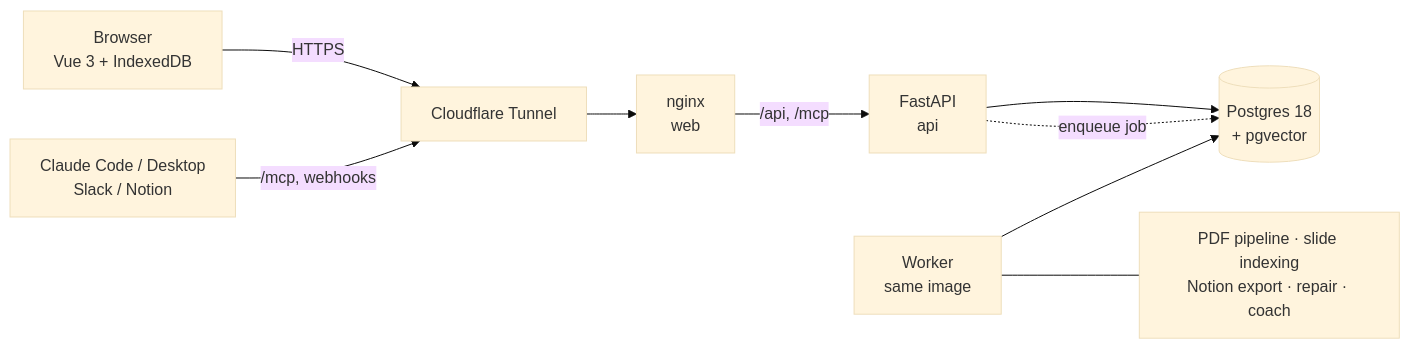
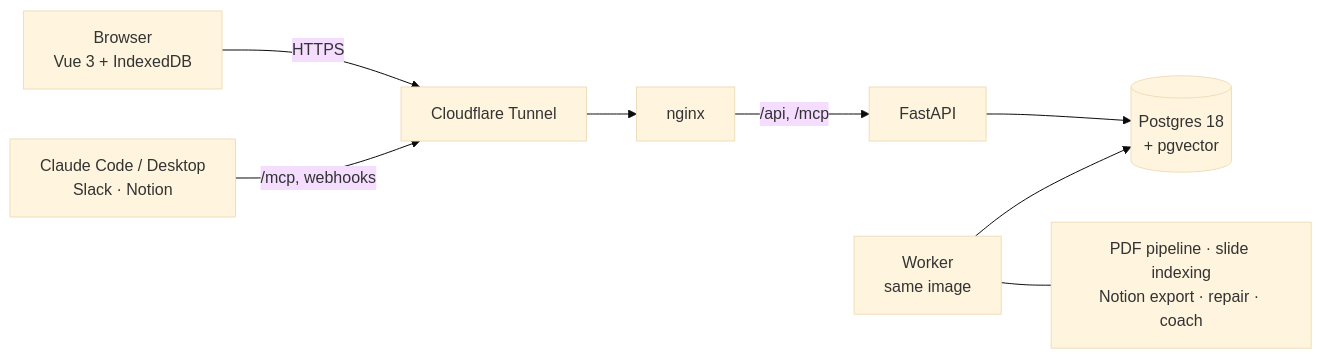
One commit to ersan-eke/exams changed the second of 2 diagrams in README.md. Above: the diagram before and after it, drawn with Mermaid (base theme). The commit also changed other lines of this file and 1 other file, not shown here.

````diff
--- a/README.md
+++ b/README.md
@@ -50,11 +55,10 @@
 ```mermaid
 flowchart LR
     B[Browser<br/>Vue 3 + IndexedDB] -->|HTTPS| CF[Cloudflare Tunnel]
-    C[Claude Code / Desktop<br/>Slack / Notion] -->|/mcp, webhooks| CF
-    CF --> N[nginx<br/>web]
-    N -->|/api, /mcp| A[FastAPI<br/>api]
+    C[Claude Code / Desktop<br/>Slack · Notion] -->|/mcp, webhooks| CF
+    CF --> N[nginx]
+    N -->|/api, /mcp| A[FastAPI]
     A --> P[(Postgres 18<br/>+ pgvector)]
     W[Worker<br/>same image] --> P
-    A -.->|enqueue job| P
     W --- J[PDF pipeline · slide indexing<br/>Notion export · repair · coach]
 ```
````
